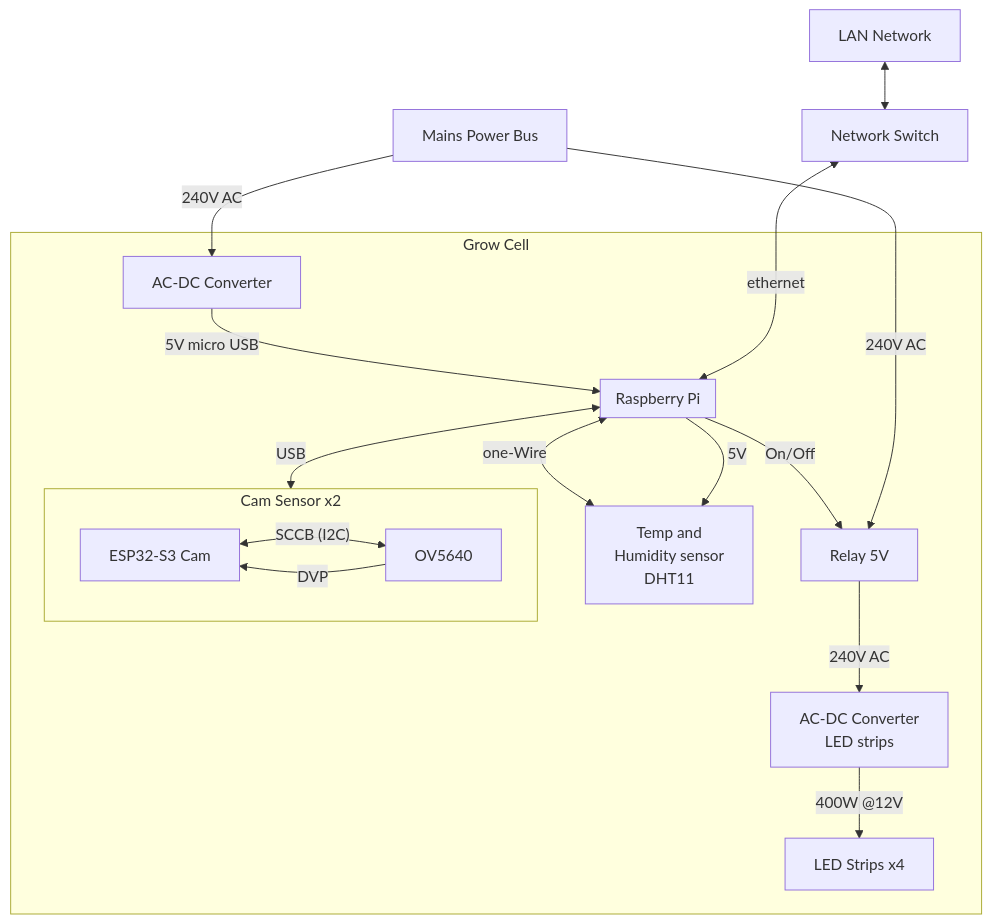
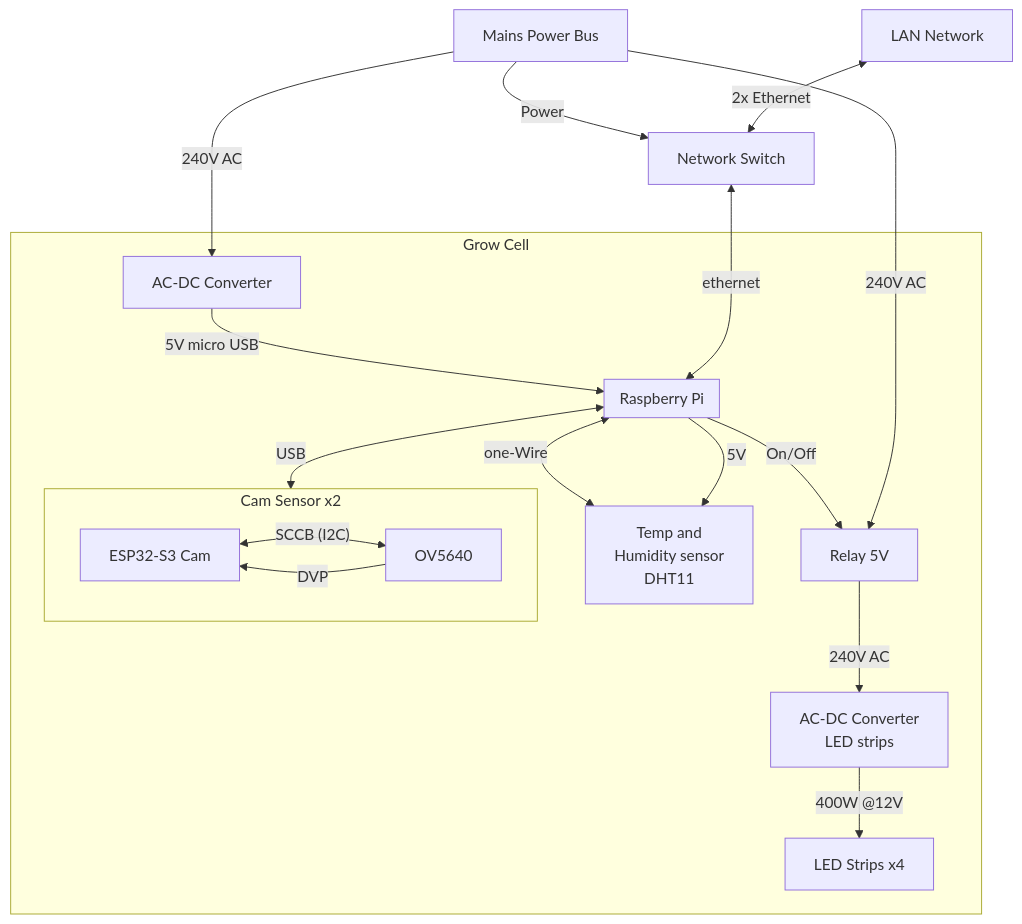
One commit to NotAlias/COMP4001-vert-farm changed the fourth of 5 diagrams in mermaid.md. Above: the diagram before and after it, drawn with Mermaid.

Commit message:
Smal adjustments

````diff
--- a/mermaid.md
+++ b/mermaid.md
@@ -113,42 +113,42 @@
 ```mermaid
 flowchart TD
 powr[Mains Power Bus]
 data[LAN Network]
 
 switch[Network Switch]
-
-data <--> switch
+powr --Power--> switch
+data <--2x Ethernet--> switch
 
 subgraph cell[Grow Cell]
     subgraph compute[Raspberry Pi]
 
     end
 
     subgraph camera[Cam Sensor x2]
         esp[ESP32-S3 Cam]
         ov[OV5640]
         esp<--SCCB (I2C)-->ov
         ov--DVP-->esp
     end
 
     dht11[Temp and 
         Humidity sensor
         DHT11]
     acdc[AC-DC Converter]
     relay[Relay 5V]
     acdcLED[AC-DC Converter
         LED strips]
     LEDs[LED Strips x4]
 
     relay --240V AC--> acdcLED --400W @12V --> LEDs
     compute --On/Off--> relay
     acdc --5V micro USB--> compute
     compute <--USB--> camera
     compute <-- one-Wire--> dht11
     compute --5V--> dht11
 end
 
 powr --240V AC--> acdc
 powr --240V AC--> relay
 switch <--ethernet---> compute
 ```
````
